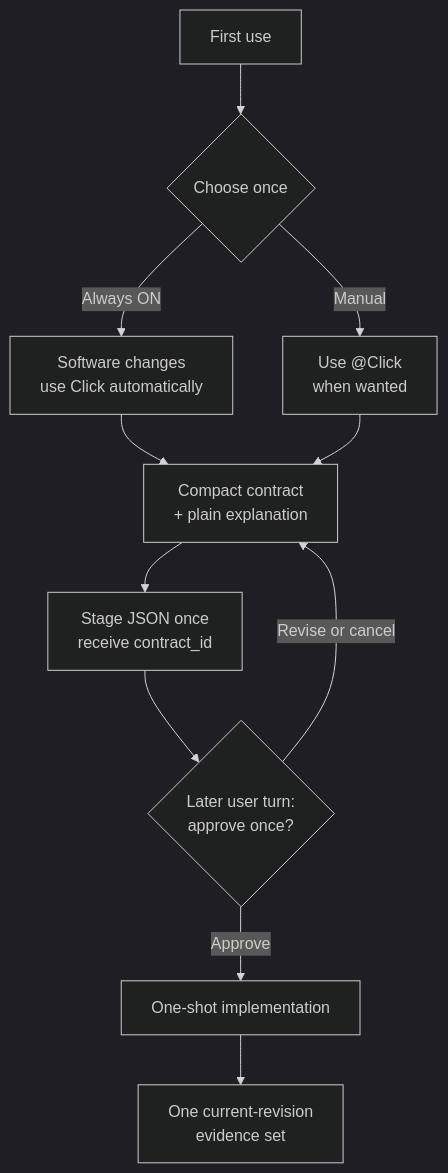
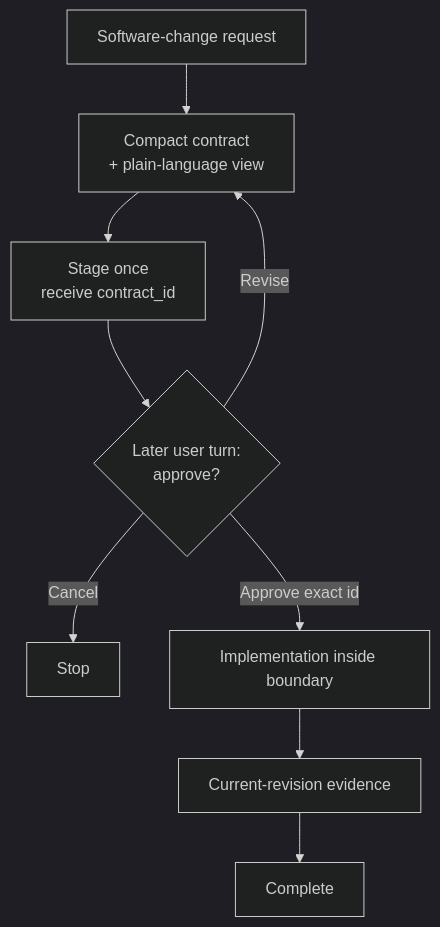
One commit to grapefruit0205/build-brief changed the diagram in README.md. Above: the diagram before and after it, drawn with Mermaid (dark theme). The commit also changed other lines of this file, not shown here.

````diff
--- a/README.md
+++ b/README.md
@@ -107,13 +100,11 @@
 ```mermaid
 flowchart TB
-    A["First use"] --> B{"Choose once"}
-    B -->|Always ON| C["Software changes<br/>use Click automatically"]
-    B -->|Manual| D["Use @Click<br/>when wanted"]
-    C --> E["Compact contract<br/>+ plain explanation"]
-    D --> E
-    E --> F["Stage JSON once<br/>receive contract_id"]
-    F --> I{"Later user turn:<br/>approve once?"}
-    I -->|Revise or cancel| E
-    I -->|Approve| G["One-shot implementation"]
-    G --> H["One current-revision<br/>evidence set"]
+    A["Software-change request"] --> B["Compact contract<br/>+ plain-language view"]
+    B --> C["Stage once<br/>receive contract_id"]
+    C --> D{"Later user turn:<br/>approve?"}
+    D -->|Revise| B
+    D -->|Cancel| X["Stop"]
+    D -->|Approve exact id| E["Implementation inside boundary"]
+    E --> F["Current-revision evidence"]
+    F --> G["Complete"]
 ```
````
